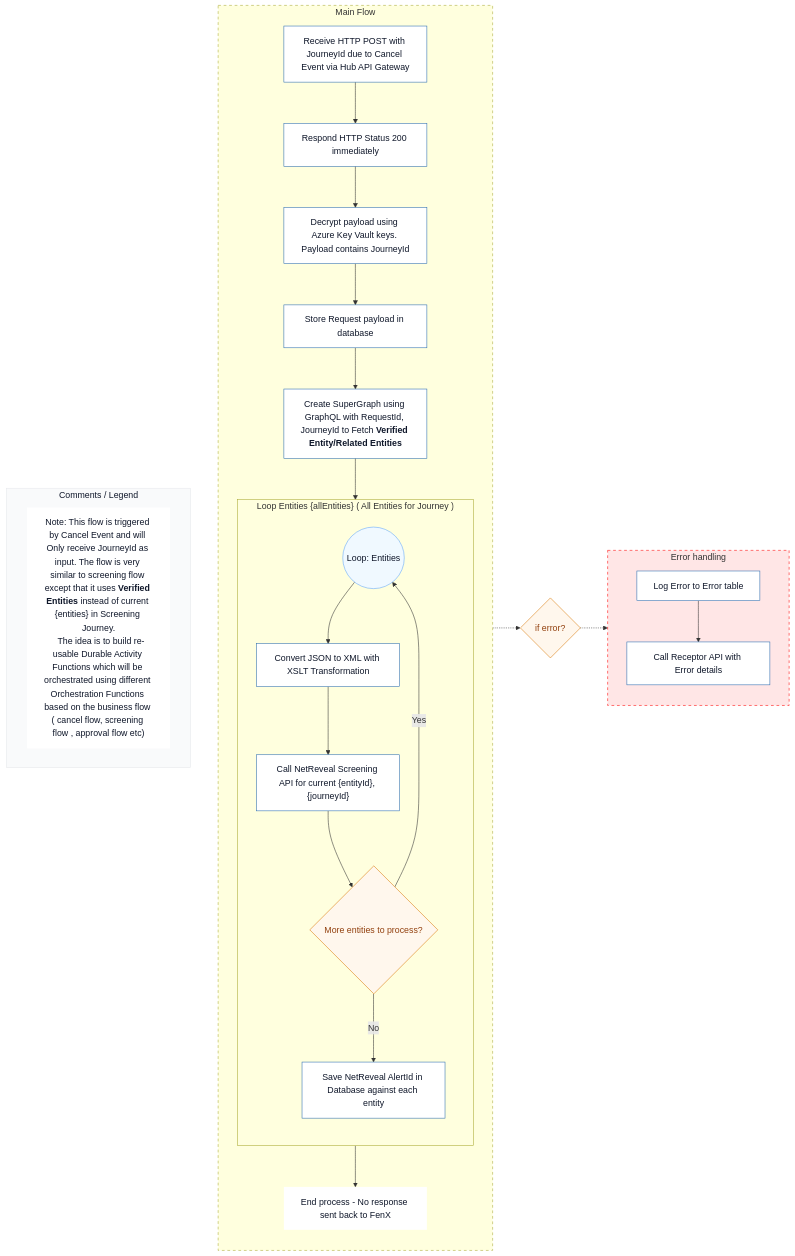
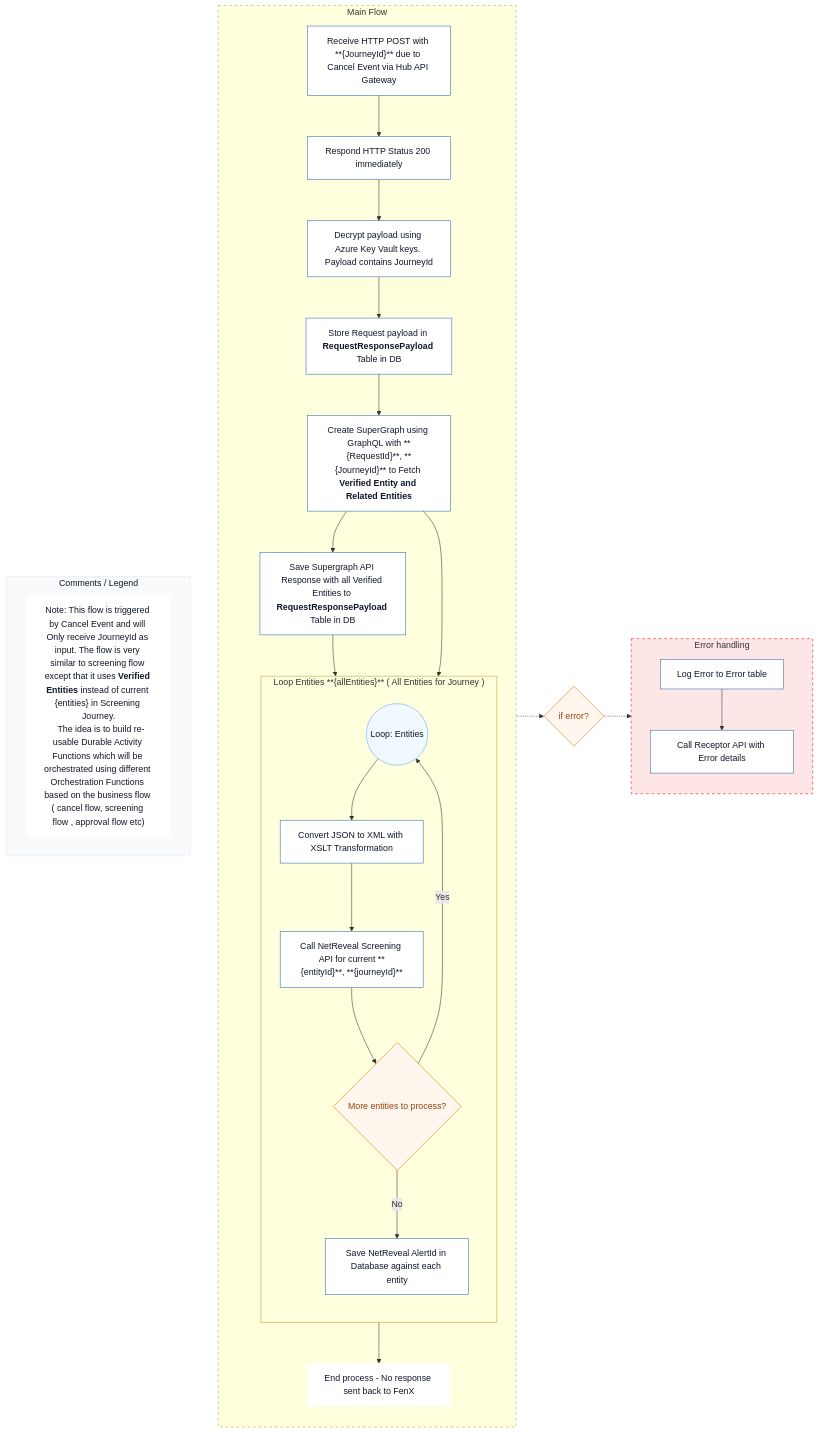
One commit to jojokoshy/Architecture_Diagrams_Python_AI changed the diagram in Arch_Diagrams/v2/cancelflow.mmd. Above: the diagram before and after it, drawn with Mermaid. The commit also changed 1 other file, not shown here.

Commit message:
Update workflow diagrams: enhance clarity by standardizing variable placeholders and improving table references

```diff
--- a/Arch_Diagrams/v2/cancelflow.mmd
+++ b/Arch_Diagrams/v2/cancelflow.mmd
@@ -1,54 +1,56 @@
 %%{init: {"theme":"default","themeVariables": {"background":"#ffffff","fontSize":"14"}}}%%
 flowchart LR
 
 subgraph Comments [Comments / Legend]
   direction LR
   style Comments fill:#f9fafb,stroke:#e5e7eb,color:#0f172a,stroke-width:1px;
   note1["Note: This flow is triggered by Cancel Event and will Only receive JourneyId as input. The flow is very similar to screening flow except that it uses <b>Verified Entities</b> instead of current {entities} in Screening Journey.
   The idea is to build re-usable Durable Activity Functions which will be orchestrated using different Orchestration Functions based on the business flow ( cancel flow, screening flow , approval flow etc)"]:::footer
 end
 
 %% Shared styles (matching AlertsFlow)
 classDef step fill:#ffffff,stroke:#2b6cb0,color:#0f172a,stroke-width:1px;
 classDef decision fill:#fff7ed,stroke:#d97706,color:#92400e,stroke-width:1px;
 classDef loop fill:#f0f9ff,stroke:#60a5fa,color:#0f172a,stroke-width:1px;
 classDef footer fill:#ffffff,stroke:none,color:#0f172a;
 subgraph MainFlow [Main Flow]
    direction TB
-  A["Receive HTTP POST with JourneyId due to Cancel Event via Hub API Gateway"]:::step --> B["Respond HTTP Status 200 immediately"]:::step
+  A["Receive HTTP POST with **{JourneyId}** due to Cancel Event via Hub API Gateway"]:::step --> B["Respond HTTP Status 200 immediately"]:::step
   B --> C["Decrypt payload using Azure Key Vault keys. Payload contains JourneyId"]:::step
-  C --> D["Store Request payload in database"]:::step
-  D --> E["Create SuperGraph using GraphQL with RequestId, JourneyId to Fetch <b>Verified Entity/Related Entities</b>"]:::step
+  C --> D["Store Request payload in <b>RequestResponsePayload</b> Table in DB"]:::step
+  D --> E["Create SuperGraph using GraphQL with **{RequestId}**, **{JourneyId}** to Fetch <b>Verified Entity and Related Entities</b>"]:::step
+  E --> SaveEntitiesToDB["Save Supergraph API Response with all Verified Entities to <b>RequestResponsePayload</b> Table in DB"]:::step
+  SaveEntitiesToDB --> LoopStart(("Loop: Entities")):::loop
   E --> LoopStart(("Loop: Entities")):::loop
 
-  subgraph EntitiesLoop ["Loop  Entities {allEntities}  ( All Entities for Journey  )"]
+  subgraph EntitiesLoop ["Loop  Entities **{allEntities}**  ( All Entities for Journey  )"]
     direction TB
     LoopStart --> XMLConvert["Convert JSON to XML with XSLT Transformation"]:::step
-    XMLConvert --> N["Call NetReveal Screening API for current {entityId}, {journeyId}"]:::step
+    XMLConvert --> N["Call NetReveal Screening API for current **{entityId}**, **{journeyId}**"]:::step
     N --> Q{"More entities to process?"}:::decision
     Q -- Yes --> LoopStart
     Q -- No --> O["Save NetReveal AlertId in Database against each entity"]:::step
   end
 
   O --> P["End process - No response sent back to FenX"]:::footer
 end
 
 style MainFlow stroke-dasharray: 5 5
 
 %% Decision between main and error blocks
 IfError{"if error?"}:::decision
 
 %% Error handling block to the right
 subgraph ErrorHandler [Error handling]
   direction TB
   EH1["Log Error to Error table"]:::step
   EH2["Call Receptor API with Error details"]:::step
   EH1 --> EH2
 end
 
 style ErrorHandler fill:#ffe6e6,stroke:#ff0000,stroke-dasharray: 5 5
 
 %% Connections: only between blocks (not individual nodes)
 Comments ~~~MainFlow
 MainFlow -.-> IfError
 IfError -.-> ErrorHandler
```
